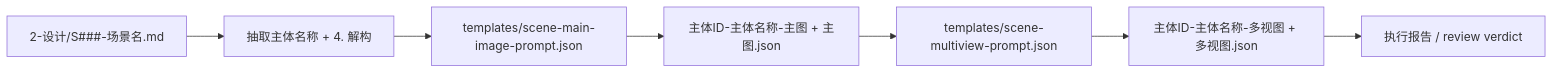
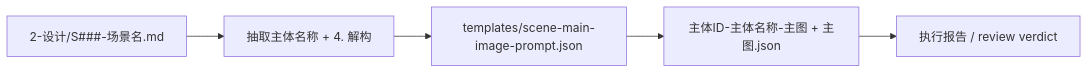
One commit to ZEN-VOID/AI-CUT changed the second of 3 diagrams in .agents/skills/aigc/3-主体/场景/3-生成/SKILL.md. Above: the diagram before and after it, drawn with Mermaid. The commit also changed other lines of this file and 49 other files, not shown here.

````diff
--- a/.agents/skills/aigc/3-主体/场景/3-生成/SKILL.md
+++ b/.agents/skills/aigc/3-主体/场景/3-生成/SKILL.md
@@ -139,9 +146,7 @@
 ```mermaid
 flowchart LR
     A["2-设计/S###-场景名.md"] --> B["抽取主体名称 + 4. 解构"]
     B --> C["templates/scene-main-image-prompt.json"]
     C --> D["主体ID-主体名称-主图 + 主图.json"]
-    D --> E["templates/scene-multiview-prompt.json"]
-    E --> F["主体ID-主体名称-多视图 + 多视图.json"]
-    F --> G["执行报告 / review verdict"]
+    D --> G["执行报告 / review verdict"]
 ```
````
